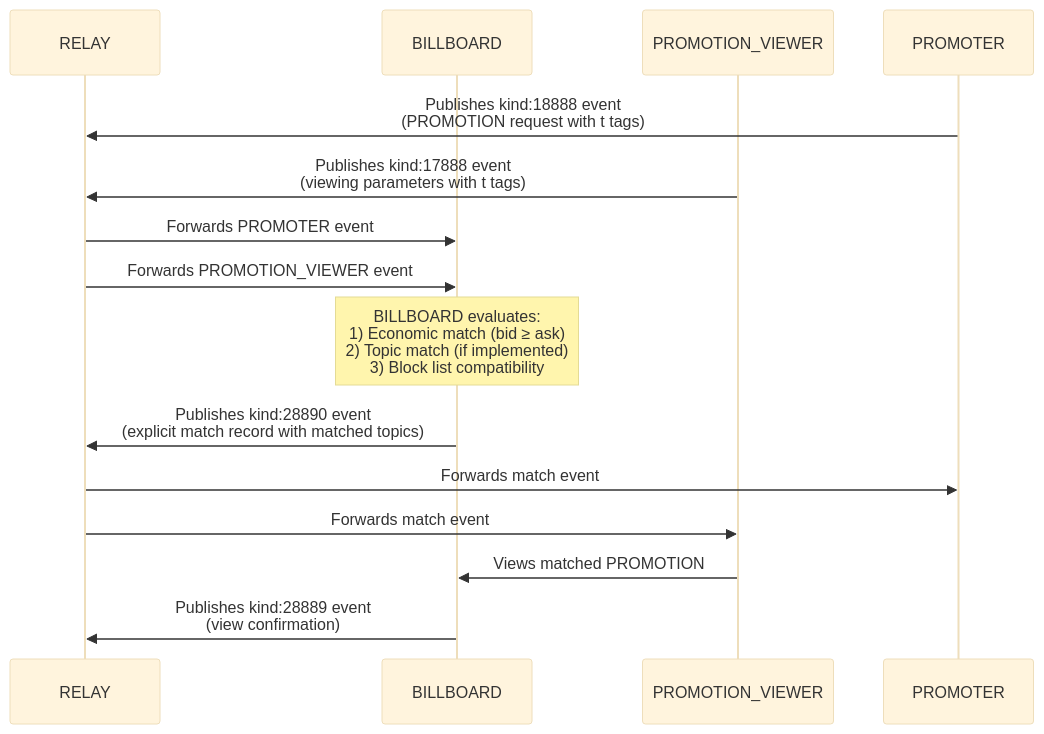
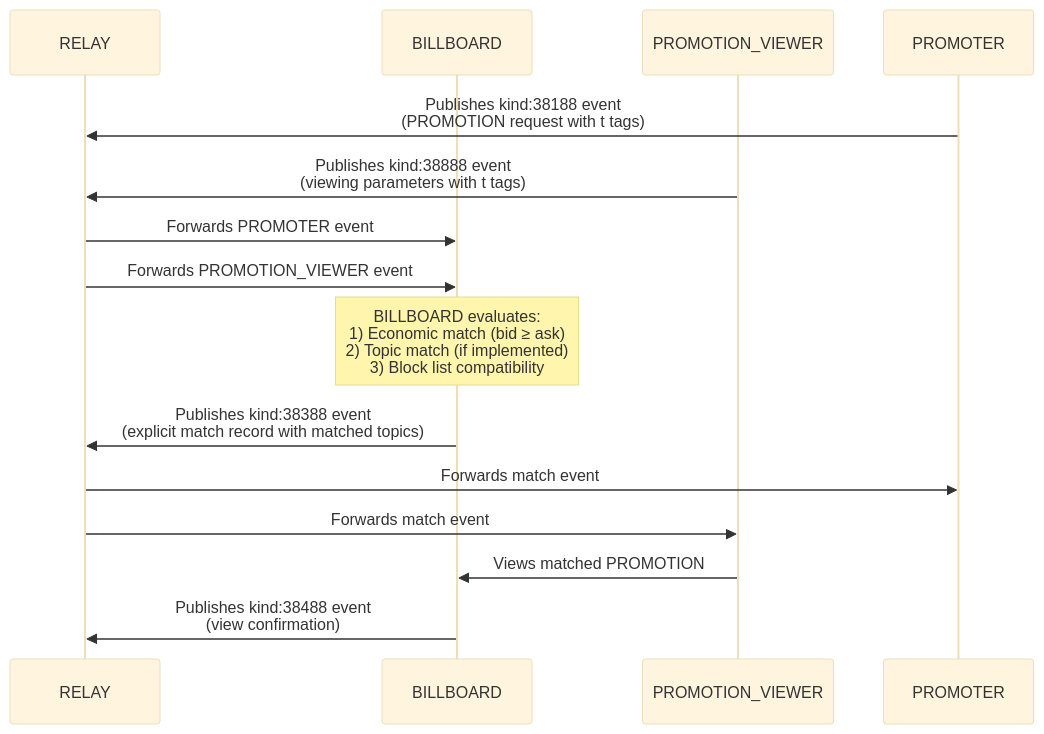
Before and after one commit to joinnextblock/attn-protocol: the diagram in NIP-X7.md, drawn with Mermaid (base theme). The commit also changed other lines of this file and 12 other files, not shown here.

````diff
--- a/NIP-X7.md
+++ b/NIP-X7.md
@@ -91,22 +89,22 @@
 ```mermaid
 sequenceDiagram
     participant RELAY
     participant BILLBOARD
     participant PROMOTION_VIEWER
     participant PROMOTER
 
-    PROMOTER->>RELAY: Publishes kind:18888 event<br/>(PROMOTION request with t tags)
-    PROMOTION_VIEWER->>RELAY: Publishes kind:17888 event<br/>(viewing parameters with t tags)
+    PROMOTER->>RELAY: Publishes kind:38188 event<br/>(PROMOTION request with t tags)
+    PROMOTION_VIEWER->>RELAY: Publishes kind:38888 event<br/>(viewing parameters with t tags)
     RELAY->>BILLBOARD: Forwards PROMOTER event
     RELAY->>BILLBOARD: Forwards PROMOTION_VIEWER event
     
     Note over BILLBOARD: BILLBOARD evaluates:<br/>1) Economic match (bid ≥ ask)<br/>2) Topic match (if implemented)<br/>3) Block list compatibility
     
-    BILLBOARD->>RELAY: Publishes kind:28890 event<br/>(explicit match record with matched topics)
+    BILLBOARD->>RELAY: Publishes kind:38388 event<br/>(explicit match record with matched topics)
     RELAY->>PROMOTER: Forwards match event
     RELAY->>PROMOTION_VIEWER: Forwards match event
     
     PROMOTION_VIEWER->>BILLBOARD: Views matched PROMOTION
     
-    BILLBOARD->>RELAY: Publishes kind:28889 event<br/>(view confirmation)
+    BILLBOARD->>RELAY: Publishes kind:38488 event<br/>(view confirmation)
 ```
````
